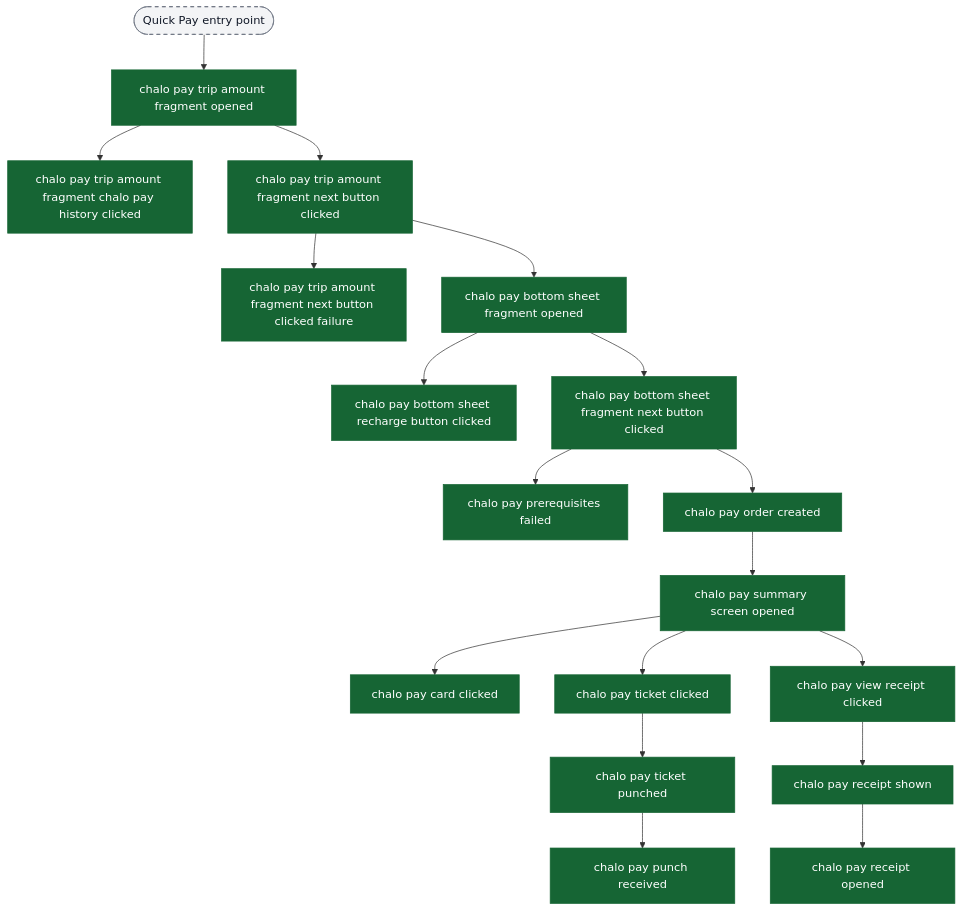
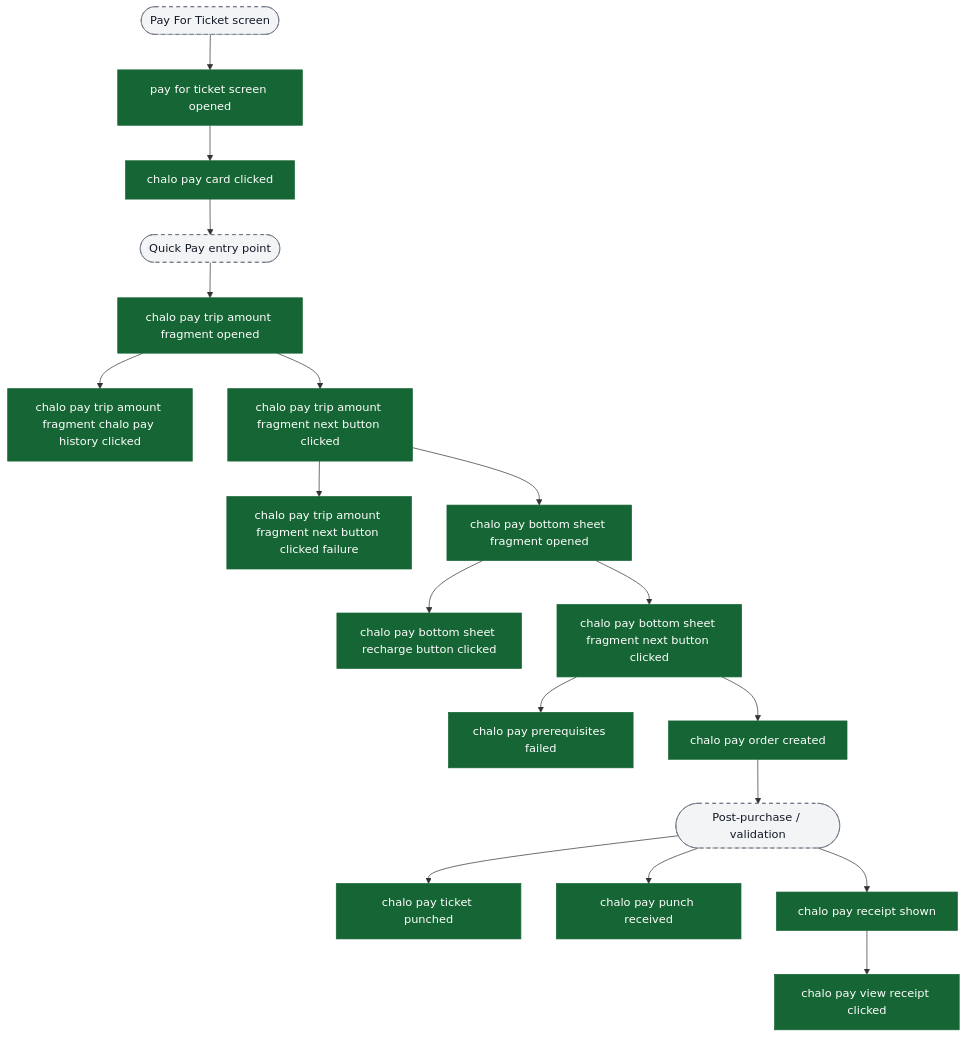
Before and after one commit to ratulsarna/chalo-app-dashboard: the ninth of 12 diagrams in content/analytics/wallet/flow-diagrams.md, drawn with Mermaid. The commit also changed other lines of this file and 2 other files, not shown here.

First line of the commit message:
Refactor wallet flow diagrams and analytics events for clarity and accuracy

````diff
--- a/content/analytics/wallet/flow-diagrams.md
+++ b/content/analytics/wallet/flow-diagrams.md
@@ -196,34 +184,32 @@
 ```mermaid
 flowchart TD
-  ui_quickPayEntry([Quick Pay entry point]) --> ev_tripAmountOpen["chalo pay trip amount fragment opened"]
+  ui_payForTicket([Pay For Ticket screen]) --> ev_payForTicketOpen["pay for ticket screen opened"]
+  ev_payForTicketOpen --> ev_quickPayCardClicked["chalo pay card clicked"]
+
+  ev_quickPayCardClicked --> ui_quickPayEntry([Quick Pay entry point])
+  ui_quickPayEntry --> ev_tripAmountOpen["chalo pay trip amount fragment opened"]
 
   ev_tripAmountOpen --> ev_historyClicked["chalo pay trip amount fragment chalo pay history clicked"]
   ev_tripAmountOpen --> ev_tripNextClicked["chalo pay trip amount fragment next button clicked"]
   ev_tripNextClicked --> ev_tripNextFailed["chalo pay trip amount fragment next button clicked failure"]
 
   ev_tripNextClicked --> ev_bottomSheetOpen["chalo pay bottom sheet fragment opened"]
 
   ev_bottomSheetOpen --> ev_rechargeClicked["chalo pay bottom sheet recharge button clicked"]
   ev_bottomSheetOpen --> ev_bottomSheetNextClicked["chalo pay bottom sheet fragment next button clicked"]
 
   ev_bottomSheetNextClicked --> ev_prerequisitesFailed["chalo pay prerequisites failed"]
   ev_bottomSheetNextClicked --> ev_orderCreated["chalo pay order created"]
 
-  ev_orderCreated --> ev_summaryOpen["chalo pay summary screen opened"]
-
-  ev_summaryOpen --> ev_cardClicked["chalo pay card clicked"]
-  ev_summaryOpen --> ev_ticketClicked["chalo pay ticket clicked"]
-
-  ev_ticketClicked --> ev_ticketPunched["chalo pay ticket punched"]
-  ev_ticketPunched --> ev_punchReceived["chalo pay punch received"]
-
-  ev_summaryOpen --> ev_viewReceiptClicked["chalo pay view receipt clicked"]
-  ev_viewReceiptClicked --> ev_receiptShown["chalo pay receipt shown"]
-  ev_receiptShown --> ev_receiptOpened["chalo pay receipt opened"]
+  ev_orderCreated --> ui_postPurchase([Post-purchase / validation])
+  ui_postPurchase --> ev_ticketPunched["chalo pay ticket punched"]
+  ui_postPurchase --> ev_punchReceived["chalo pay punch received"]
+  ui_postPurchase --> ev_receiptShown["chalo pay receipt shown"]
+  ev_receiptShown --> ev_viewReceiptClicked["chalo pay view receipt clicked"]
 
   classDef event fill:#166534,stroke:#166534,color:#ffffff;
   classDef ui fill:#f3f4f6,stroke:#6b7280,stroke-dasharray: 5 5,color:#111827;
 
-  class ev_tripAmountOpen,ev_historyClicked,ev_tripNextClicked,ev_tripNextFailed,ev_bottomSheetOpen,ev_rechargeClicked,ev_bottomSheetNextClicked,ev_prerequisitesFailed,ev_orderCreated,ev_summaryOpen,ev_cardClicked,ev_ticketClicked,ev_ticketPunched,ev_punchReceived,ev_viewReceiptClicked,ev_receiptShown,ev_receiptOpened event;
-  class ui_quickPayEntry ui;
+  class ev_payForTicketOpen,ev_quickPayCardClicked,ev_tripAmountOpen,ev_historyClicked,ev_tripNextClicked,ev_tripNextFailed,ev_bottomSheetOpen,ev_rechargeClicked,ev_bottomSheetNextClicked,ev_prerequisitesFailed,ev_orderCreated,ev_ticketPunched,ev_punchReceived,ev_receiptShown,ev_viewReceiptClicked event;
+  class ui_payForTicket,ui_quickPayEntry,ui_postPurchase ui;
 ```
````
